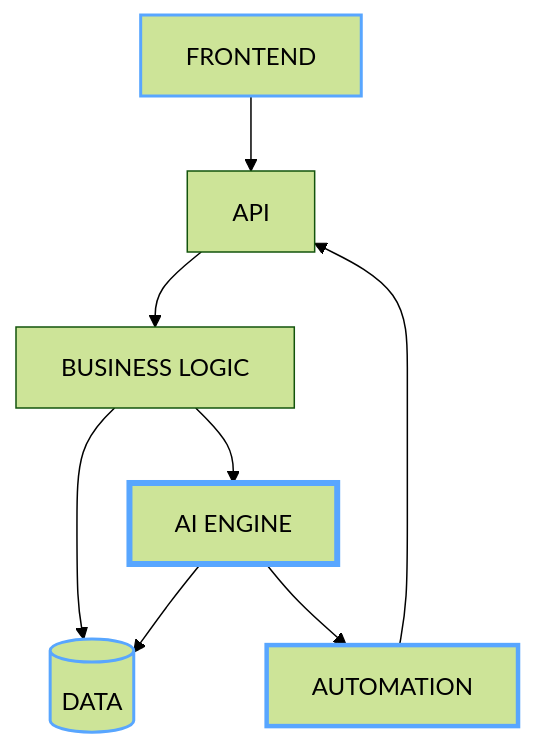
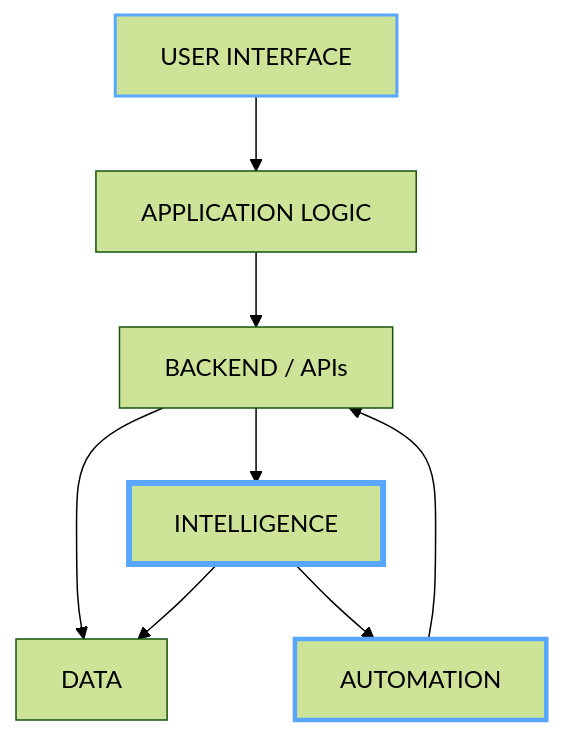
The seventh of 8 diagrams in README.md (Harish-ai-dev/Harish-ai-dev), drawn with Mermaid (forest theme) before and after one commit. The commit also changed other lines of this file, not shown here.

Commit message:
Update README with new sections and diagrams

````diff
--- a/README.md
+++ b/README.md
@@ -263,23 +322,24 @@
-```mermaid id="n3f7q1"
+```mermaid id="s4k8q2"
 flowchart TB
 
-    FRONT["FRONTEND"]
-    API["API"]
-    LOGIC["BUSINESS LOGIC"]
-    AI["AI ENGINE"]
-    DATA[("DATA")]
-    AUTO["AUTOMATION"]
+    UI["USER INTERFACE"]
+    APP["APPLICATION LOGIC"]
+    API["BACKEND / APIs"]
+    AI["INTELLIGENCE"]
+    DATA["DATA"]
+    AUTOMATION["AUTOMATION"]
 
-    FRONT --> API
-    API --> LOGIC
-    LOGIC --> AI
-    LOGIC --> DATA
+    UI --> APP
+    APP --> API
+    API --> AI
+    API --> DATA
+
     AI --> DATA
-    AI --> AUTO
-    AUTO --> API
+    AI --> AUTOMATION
 
-    style FRONT stroke:#58A6FF,stroke-width:2px
+    AUTOMATION --> API
+
+    style UI stroke:#58A6FF,stroke-width:2px
     style AI stroke:#58A6FF,stroke-width:4px
-    style AUTO stroke:#58A6FF,stroke-width:3px
-    style DATA stroke:#58A6FF,stroke-width:2px
+    style AUTOMATION stroke:#58A6FF,stroke-width:3px
 ```
````
